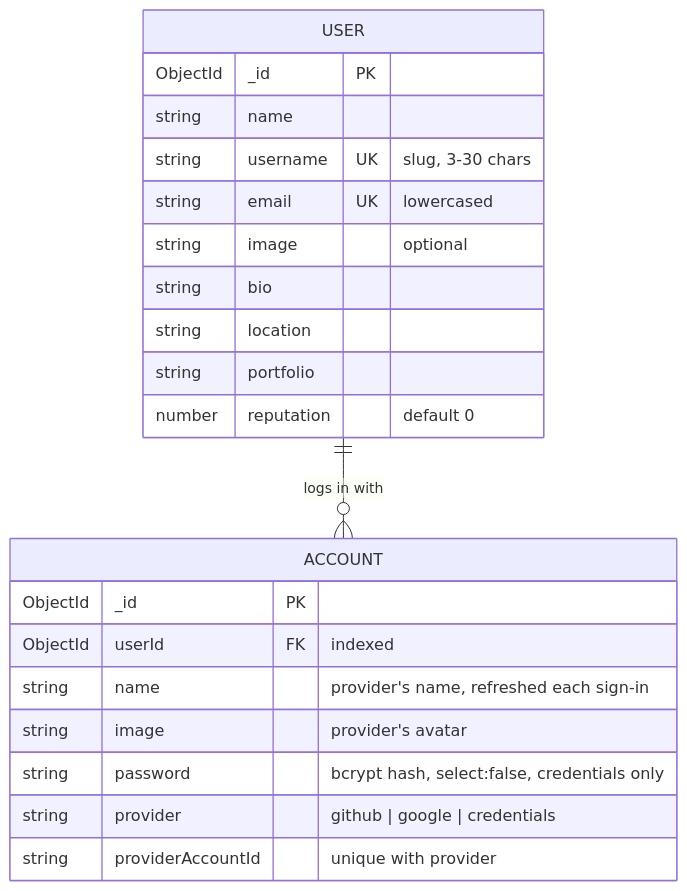
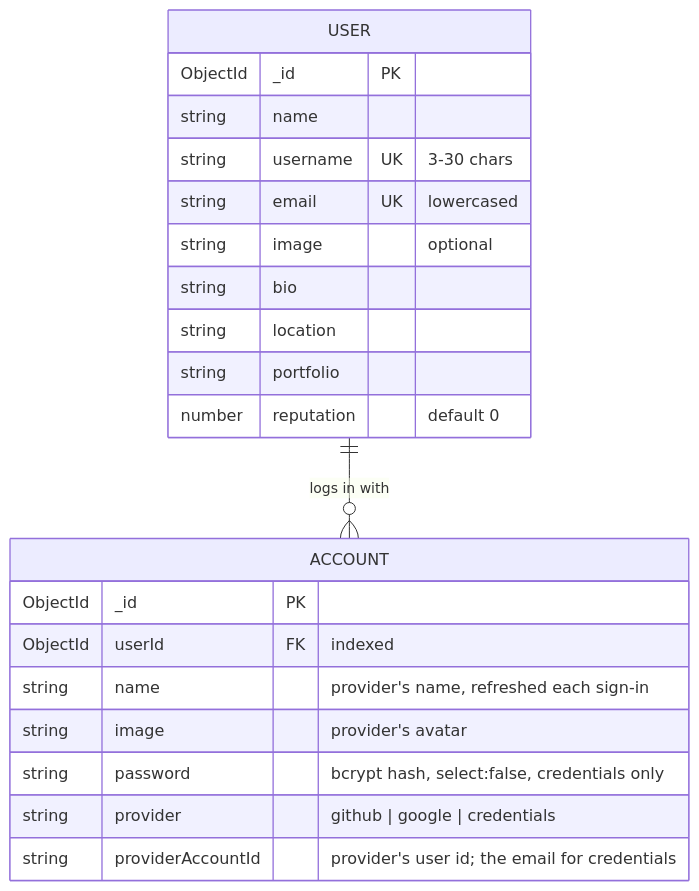
One commit to firihy/dev-over-flow changed the second of 8 diagrams in docs/AUTH.md. Above: the diagram before and after it, drawn with Mermaid. The commit also changed other lines of this file, not shown here.

Commit message:
docs: document email/password sign-up and sign-in

````diff
--- a/docs/AUTH.md
+++ b/docs/AUTH.md
@@ -75,24 +92,24 @@
 ```mermaid
 erDiagram
   USER ||--o{ ACCOUNT : "logs in with"
   USER {
     ObjectId _id PK
     string name
-    string username UK "slug, 3-30 chars"
+    string username UK "3-30 chars"
     string email UK "lowercased"
     string image "optional"
     string bio
     string location
     string portfolio
     number reputation "default 0"
   }
   ACCOUNT {
     ObjectId _id PK
     ObjectId userId FK "indexed"
     string name "provider's name, refreshed each sign-in"
     string image "provider's avatar"
     string password "bcrypt hash, select:false, credentials only"
     string provider "github | google | credentials"
-    string providerAccountId "unique with provider"
+    string providerAccountId "provider's user id; the email for credentials"
   }
 ```
````
